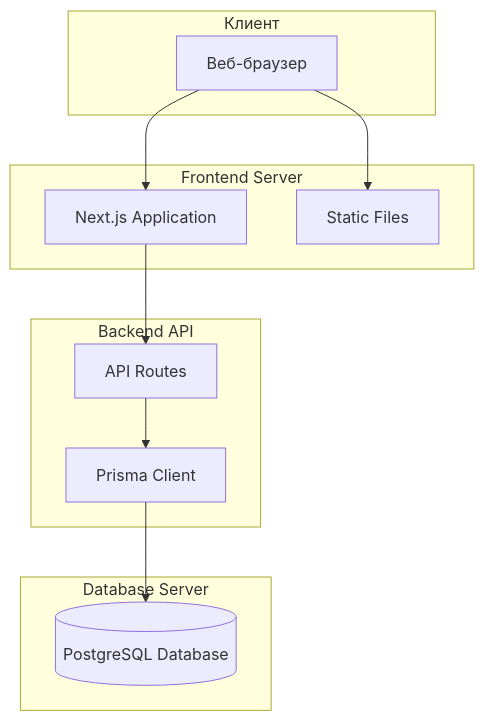
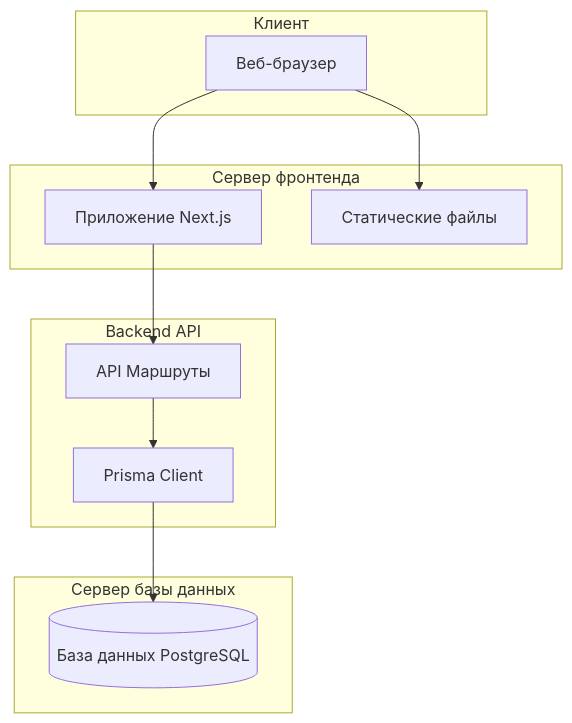
One commit to KyaamiRei/frontend changed the eighth of 8 diagrams in docs/uml-diagrams.md. Above: the diagram before and after it, drawn with Mermaid. The commit also changed other lines of this file, not shown here.

Commit message:
Translate UML diagrams and class models to Russian: Update terminology in UML diagrams and class definitions to enhance accessibility for Russian-speaking users. Ensure consistency across user, course, lesson, and related models.

````diff
--- a/docs/uml-diagrams.md
+++ b/docs/uml-diagrams.md
@@ -457,26 +457,26 @@
 ```mermaid
 graph TB
     subgraph "Клиент"
-        Browser[Веб-браузер]
+        Браузер[Веб-браузер]
     end
     
-    subgraph "Frontend Server"
-        NextJS[Next.js Application]
-        Static[Static Files]
+    subgraph "Сервер фронтенда"
+        NextJS[Приложение Next.js]
+        Статика[Статические файлы]
     end
     
     subgraph "Backend API"
-        API[API Routes]
+        API[API Маршруты]
         Prisma[Prisma Client]
     end
     
-    subgraph "Database Server"
-        PostgreSQL[(PostgreSQL Database)]
+    subgraph "Сервер базы данных"
+        PostgreSQL[(База данных PostgreSQL)]
     end
     
-    Browser --> NextJS
-    Browser --> Static
+    Браузер --> NextJS
+    Браузер --> Статика
     NextJS --> API
     API --> Prisma
     Prisma --> PostgreSQL
 ```
````
